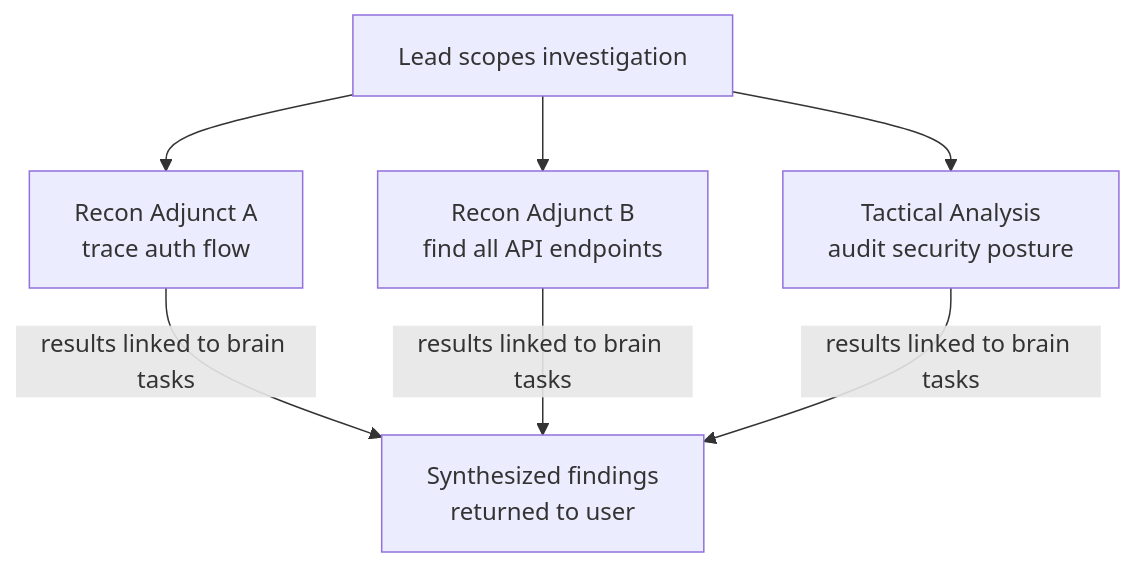
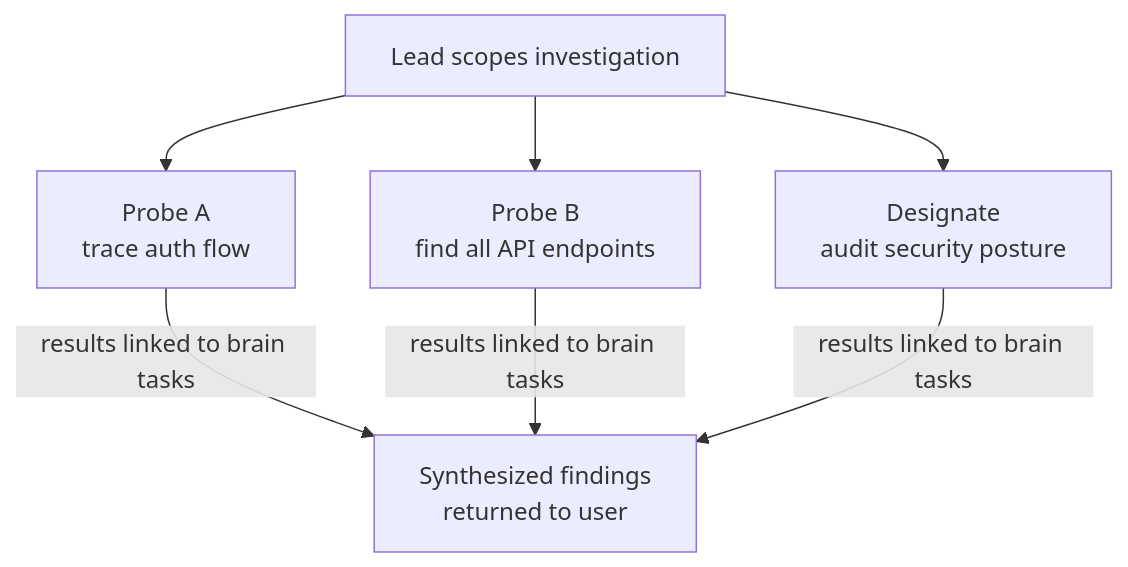
Before and after one commit to benediktms/unimatrix: the seventh of 10 diagrams in README.md, drawn with Mermaid. The commit also changed other lines of this file and 30 other files, not shown here.

````diff
--- a/README.md
+++ b/README.md
@@ -305,8 +305,8 @@
 ```mermaid
 flowchart TD
     Lead["Lead scopes investigation"] --> R1 & R2 & TA
-    R1["Recon Adjunct A<br/>trace auth flow"]
-    R2["Recon Adjunct B<br/>find all API endpoints"]
-    TA["Tactical Analysis<br/>audit security posture"]
+    R1["Probe A<br/>trace auth flow"]
+    R2["Probe B<br/>find all API endpoints"]
+    TA["Designate<br/>audit security posture"]
     R1 & R2 & TA -->|results linked to brain tasks| Synthesis["Synthesized findings<br/>returned to user"]
 ```
````
